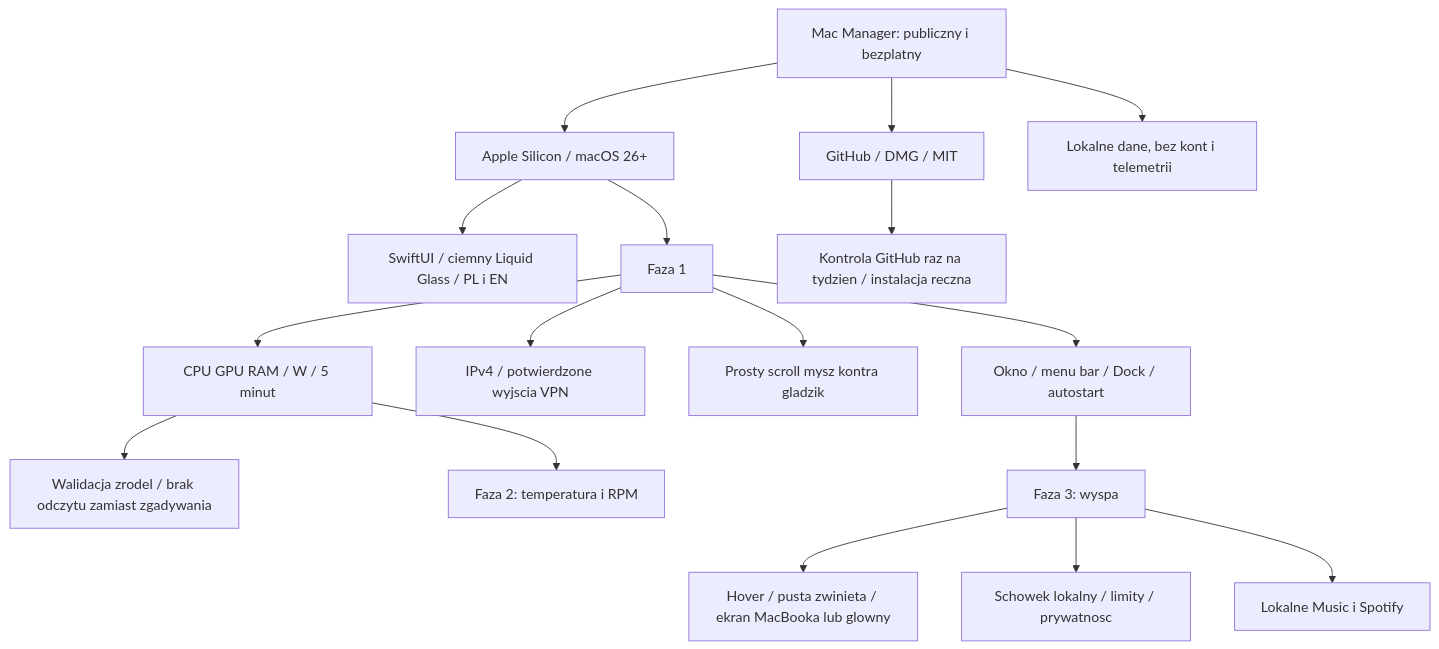
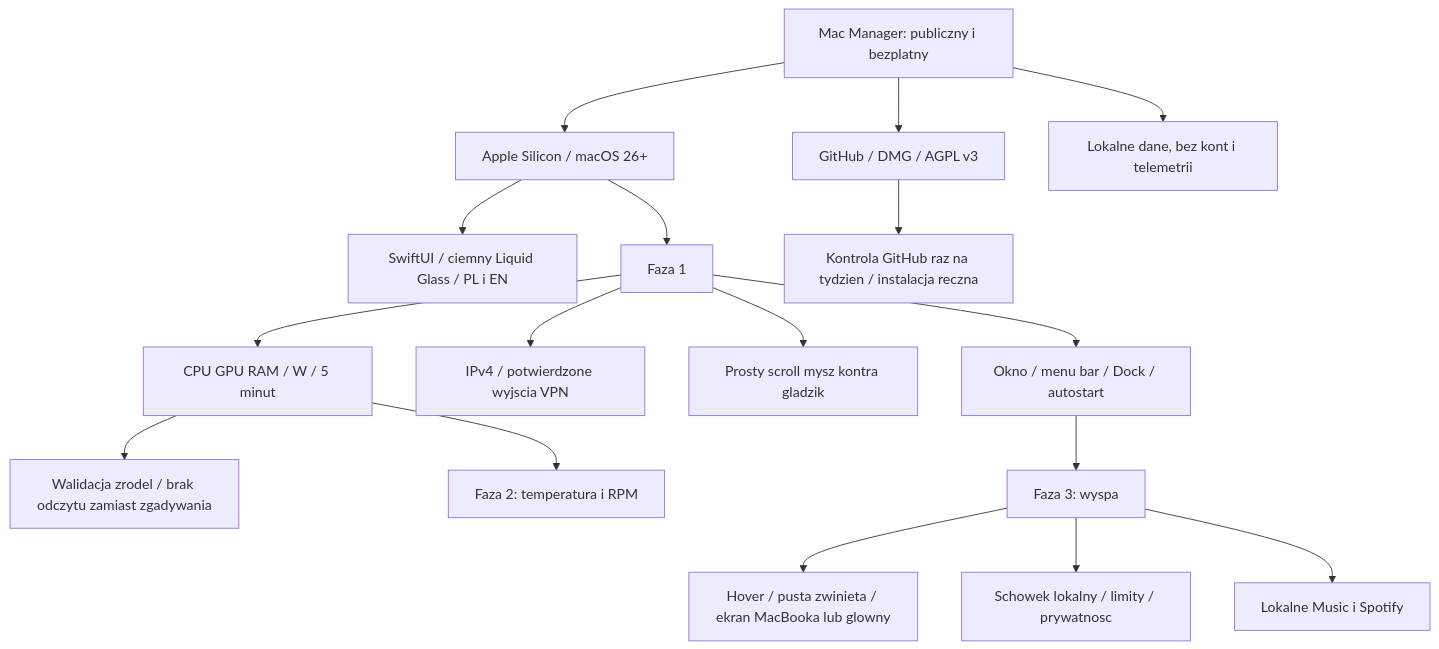
The diagram in docs/08-decyzje.md (MrDeex1k/MacManager), drawn with Mermaid before and after one commit. The commit also changed other lines of this file and 27 other files, not shown here.

```diff
--- a/docs/08-decyzje.md
+++ b/docs/08-decyzje.md
@@ -7,19 +7,19 @@
 ~~~mermaid
 flowchart TD
     A["Mac Manager: publiczny i bezplatny"] --> B["Apple Silicon / macOS 26+"]
-    A --> C["GitHub / DMG / MIT"]
+    A --> C["GitHub / DMG / AGPL v3"]
     A --> D["Lokalne dane, bez kont i telemetrii"]
     B --> E["SwiftUI / ciemny Liquid Glass / PL i EN"]
     B --> F["Faza 1"]
     F --> G["CPU GPU RAM / W / 5 minut"]
     G --> H["Walidacja zrodel / brak odczytu zamiast zgadywania"]
     F --> I["IPv4 / potwierdzone wyjscia VPN"]
     F --> J["Prosty scroll mysz kontra gladzik"]
     F --> K["Okno / menu bar / Dock / autostart"]
     G --> L["Faza 2: temperatura i RPM"]
     K --> M["Faza 3: wyspa"]
     M --> N["Hover / pusta zwinieta / ekran MacBooka lub glowny"]
     M --> O["Schowek lokalny / limity / prywatnosc"]
     M --> P["Lokalne Music i Spotify"]
     C --> R["Kontrola GitHub raz na tydzien / instalacja reczna"]
 ~~~
```
